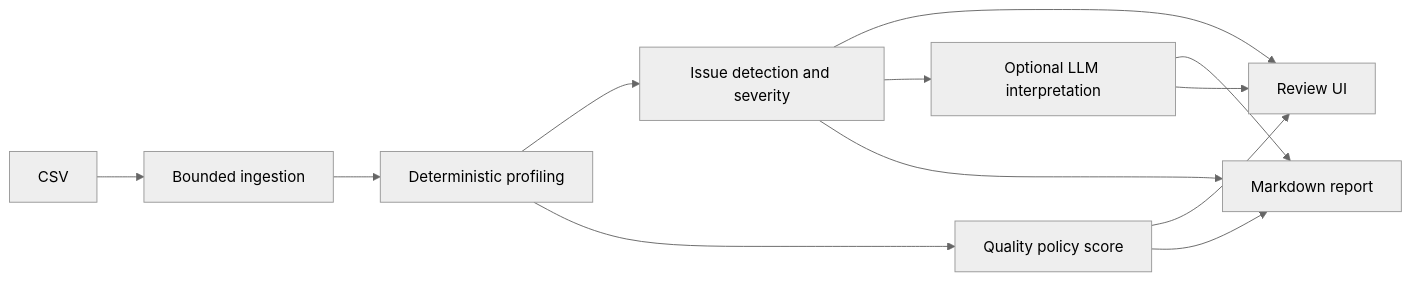
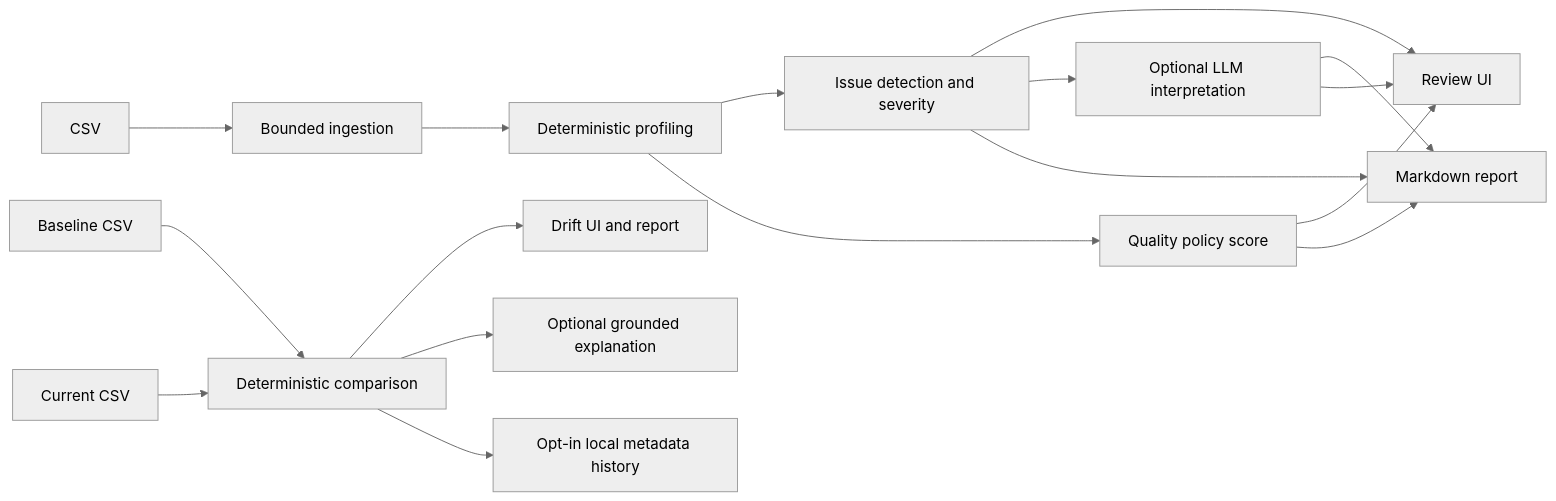
The diagram in README.md (kaimouren/analysis_tool), drawn with Mermaid (neutral theme) before and after one commit. The commit also changed other lines of this file and 7 other files, not shown here.

````diff
--- a/README.md
+++ b/README.md
@@ -38,14 +61,19 @@
 ```mermaid
 flowchart LR
     CSV[CSV] --> Ingestion[Bounded ingestion]
     Ingestion --> Profile[Deterministic profiling]
     Profile --> Findings[Issue detection and severity]
     Profile --> Score[Quality policy score]
     Findings --> UI[Review UI]
     Score --> UI
     Findings --> Optional[Optional LLM interpretation]
     Findings --> Report[Markdown report]
     Score --> Report
     Optional --> Report
     Optional --> UI
+    Baseline[Baseline CSV] --> Comparison[Deterministic comparison]
+    Current[Current CSV] --> Comparison
+    Comparison --> DriftUI[Drift UI and report]
+    Comparison --> DriftLLM[Optional grounded explanation]
+    Comparison --> History[Opt-in local metadata history]
 ```
````
